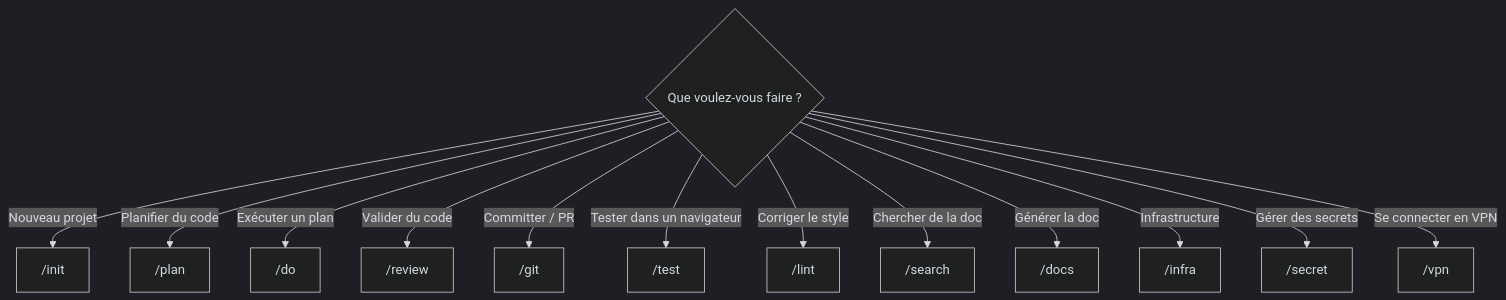
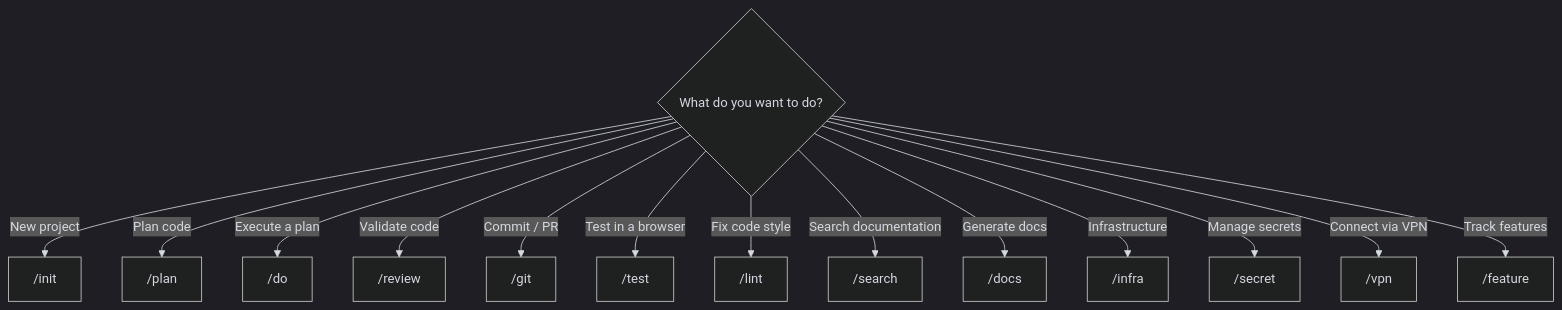
One commit to kodflow/devcontainer-template changed the diagram in docs/commands/README.md. Above: the diagram before and after it, drawn with Mermaid. The commit also changed other lines of this file and 60 other files, not shown here.

````diff
--- a/docs/commands/README.md
+++ b/docs/commands/README.md
@@ -7,23 +7,24 @@
 ```mermaid
 %%{init: {'theme': 'dark', 'themeVariables': {
   'primaryColor': '#9D76FB1a',
   'primaryBorderColor': '#9D76FB',
   'primaryTextColor': '#d4d8e0',
   'lineColor': '#d4d8e0',
   'textColor': '#d4d8e0'
 }}}%%
 flowchart TD
-    Q{Que voulez-vous faire ?}
-    Q -->|Nouveau projet| A["/init"]
-    Q -->|Planifier du code| B["/plan"]
-    Q -->|Exécuter un plan| C["/do"]
-    Q -->|Valider du code| D["/review"]
-    Q -->|Committer / PR| E["/git"]
-    Q -->|Tester dans un navigateur| F["/test"]
-    Q -->|Corriger le style| G["/lint"]
-    Q -->|Chercher de la doc| H["/search"]
-    Q -->|Générer la doc| I["/docs"]
+    Q{What do you want to do?}
+    Q -->|New project| A["/init"]
+    Q -->|Plan code| B["/plan"]
+    Q -->|Execute a plan| C["/do"]
+    Q -->|Validate code| D["/review"]
+    Q -->|Commit / PR| E["/git"]
+    Q -->|Test in a browser| F["/test"]
+    Q -->|Fix code style| G["/lint"]
+    Q -->|Search documentation| H["/search"]
+    Q -->|Generate docs| I["/docs"]
     Q -->|Infrastructure| J["/infra"]
-    Q -->|Gérer des secrets| K["/secret"]
-    Q -->|Se connecter en VPN| L["/vpn"]
+    Q -->|Manage secrets| K["/secret"]
+    Q -->|Connect via VPN| L["/vpn"]
+    Q -->|Track features| M["/feature"]
 ```
````
